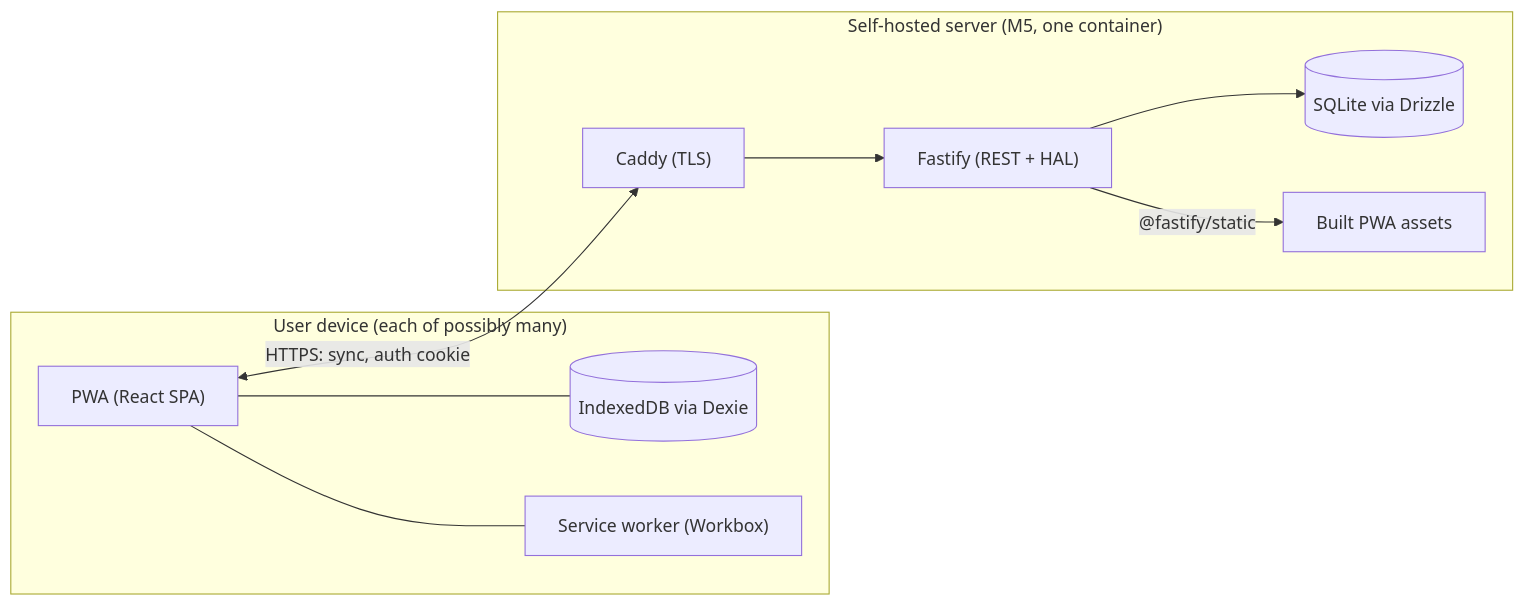
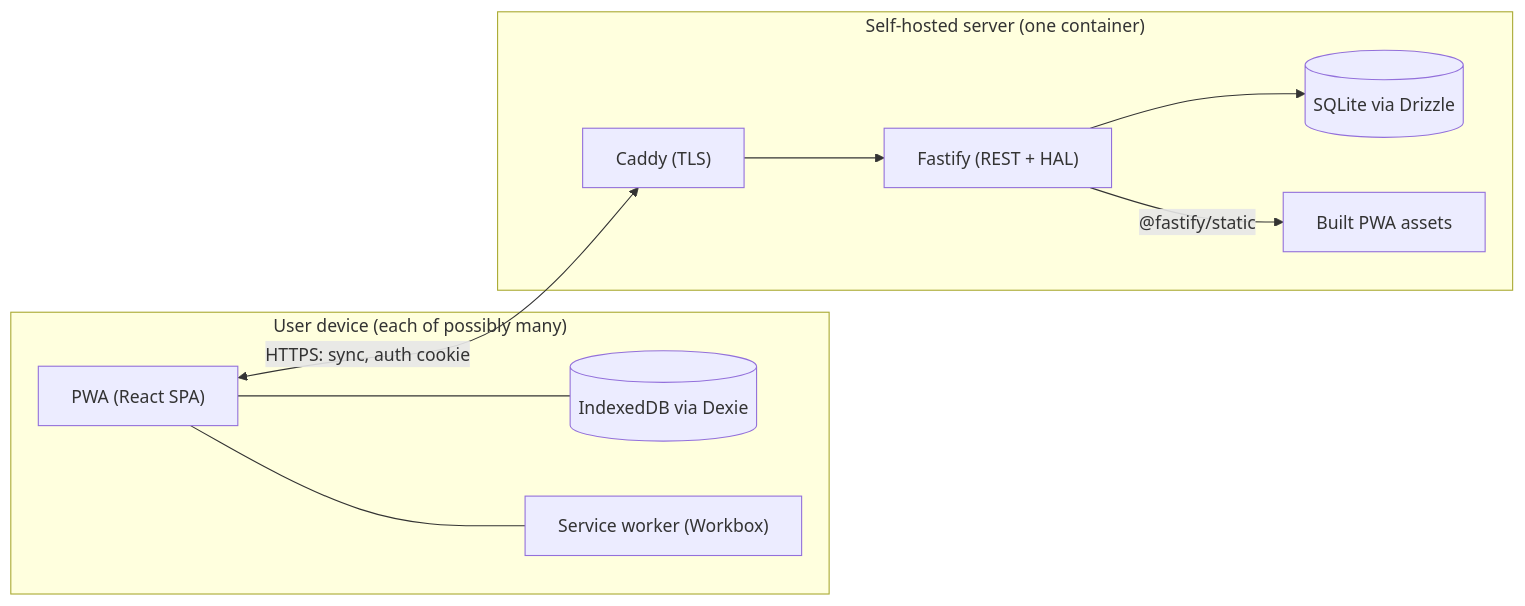
The first of 2 diagrams in docs/architecture/01-architecture.md (soukupj00/your-notes-fe), drawn with Mermaid before and after one commit. The commit also changed other lines of this file and 24 other files, not shown here.

Commit message:
docs: shorter CLAUDE.md files and roadmap with diagrams, architecture chapters brought up to the built state, slice records in their own file

````diff
--- a/docs/architecture/01-architecture.md
+++ b/docs/architecture/01-architecture.md
@@ -11,16 +11,16 @@
 ```mermaid
 flowchart LR
     subgraph Device["User device (each of possibly many)"]
         PWA["PWA (React SPA)"]
         IDB[("IndexedDB via Dexie")]
         SW["Service worker (Workbox)"]
         PWA --- IDB
         PWA --- SW
     end
-    subgraph Server["Self-hosted server (M5, one container)"]
+    subgraph Server["Self-hosted server (one container)"]
         Caddy["Caddy (TLS)"] --> Fastify["Fastify (REST + HAL)"]
         Fastify --> SQLite[("SQLite via Drizzle")]
         Fastify -->|"@fastify/static"| Assets["Built PWA assets"]
     end
     PWA <-->|"HTTPS: sync, auth cookie"| Caddy
 ```
````
